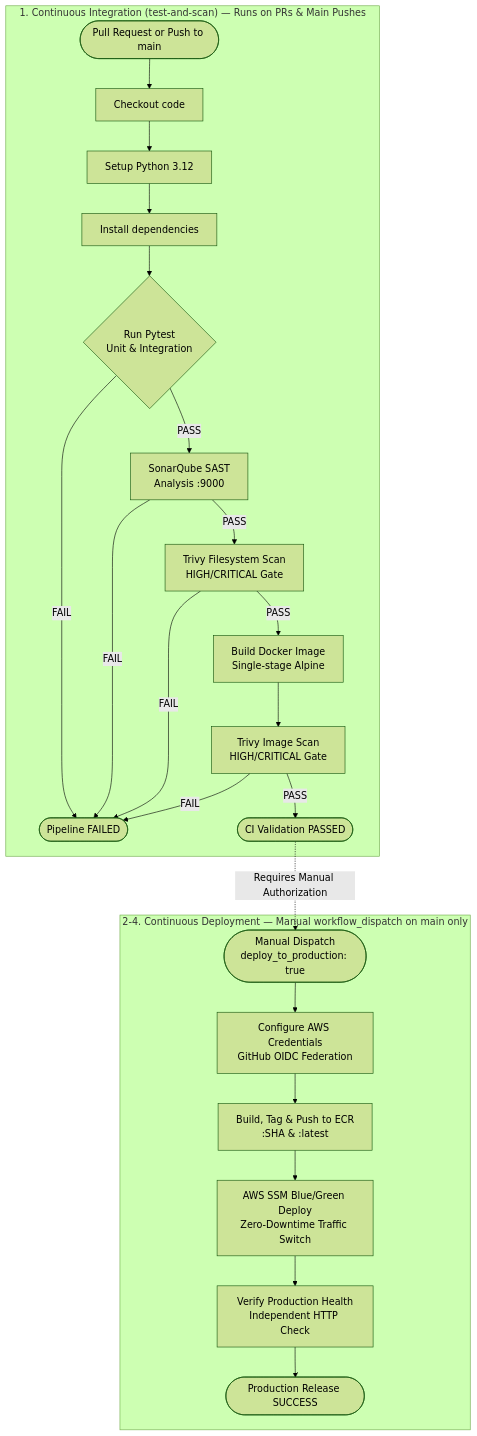
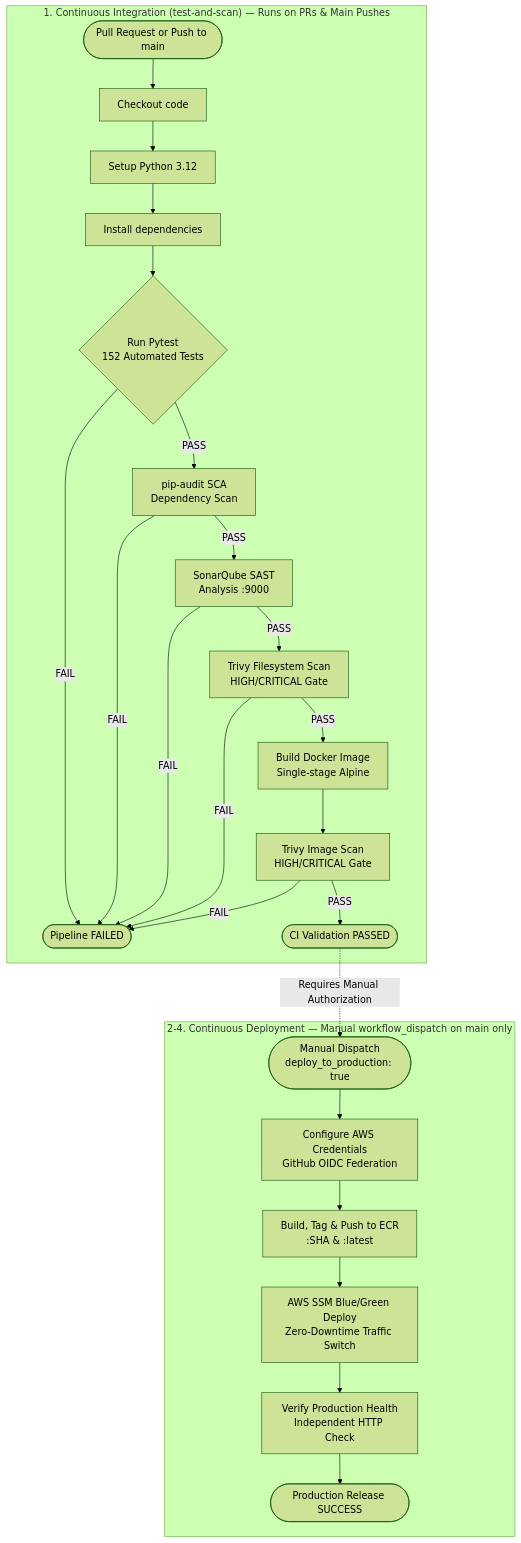
The second of 2 diagrams in README.md (mohdshahid7033/cloud-devsecops-platform), drawn with Mermaid (forest theme) before and after one commit. The commit also changed other lines of this file and 4 other files, not shown here.

````diff
--- a/README.md
+++ b/README.md
@@ -176,28 +177,30 @@
 ```mermaid
 flowchart TD
     subgraph CI["1. Continuous Integration (test-and-scan) — Runs on PRs & Main Pushes"]
         A([Pull Request or Push to main]) --> B[Checkout code]
         B --> C[Setup Python 3.12]
         C --> D[Install dependencies]
-        D --> E{Run Pytest\nUnit & Integration}
-        E -->|PASS| F[SonarQube SAST\nAnalysis :9000]
+        D --> E{Run Pytest\n152 Automated Tests}
+        E -->|PASS| F[pip-audit SCA\nDependency Scan]
         E -->|FAIL| Z([Pipeline FAILED])
-        F -->|PASS| G[Trivy Filesystem Scan\nHIGH/CRITICAL Gate]
+        F -->|PASS| G[SonarQube SAST\nAnalysis :9000]
         F -->|FAIL| Z
-        G -->|PASS| H[Build Docker Image\nSingle-stage Alpine]
+        G -->|PASS| H[Trivy Filesystem Scan\nHIGH/CRITICAL Gate]
         G -->|FAIL| Z
-        H --> I[Trivy Image Scan\nHIGH/CRITICAL Gate]
-        I -->|FAIL| Z
-        I -->|PASS| J([CI Validation PASSED])
+        H -->|PASS| I[Build Docker Image\nSingle-stage Alpine]
+        H -->|FAIL| Z
+        I --> J[Trivy Image Scan\nHIGH/CRITICAL Gate]
+        J -->|FAIL| Z
+        J -->|PASS| K([CI Validation PASSED])
     end
 
     subgraph CD["2-4. Continuous Deployment — Manual workflow_dispatch on main only"]
-        K([Manual Dispatch\ndeploy_to_production: true]) --> L[Configure AWS Credentials\nGitHub OIDC Federation]
-        L --> M[Build, Tag & Push to ECR\n:SHA & :latest]
-        M --> N[AWS SSM Blue/Green Deploy\nZero-Downtime Traffic Switch]
-        N --> O[Verify Production Health\nIndependent HTTP Check]
-        O --> P([Production Release SUCCESS])
+        L([Manual Dispatch\ndeploy_to_production: true]) --> M[Configure AWS Credentials\nGitHub OIDC Federation]
+        M --> N[Build, Tag & Push to ECR\n:SHA & :latest]
+        N --> O[AWS SSM Blue/Green Deploy\nZero-Downtime Traffic Switch]
+        O --> P[Verify Production Health\nIndependent HTTP Check]
+        P --> Q([Production Release SUCCESS])
     end
 
-    J -.->|Requires Manual Authorization| K
+    K -.->|Requires Manual Authorization| L
 ```
````
